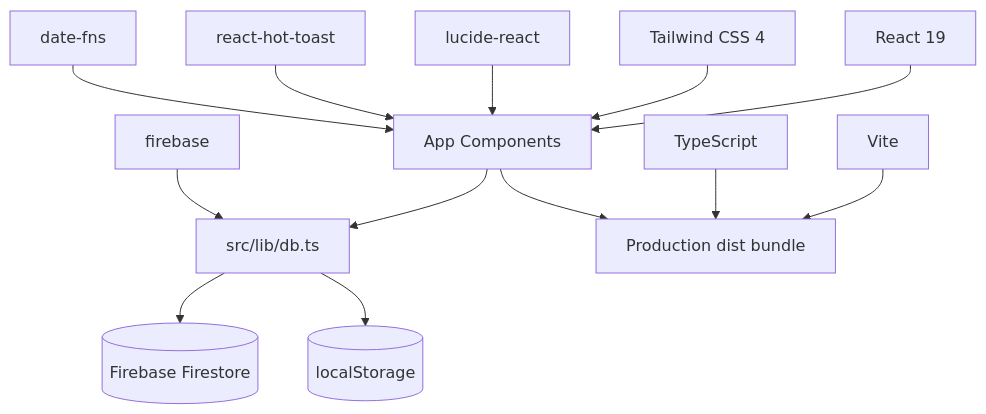
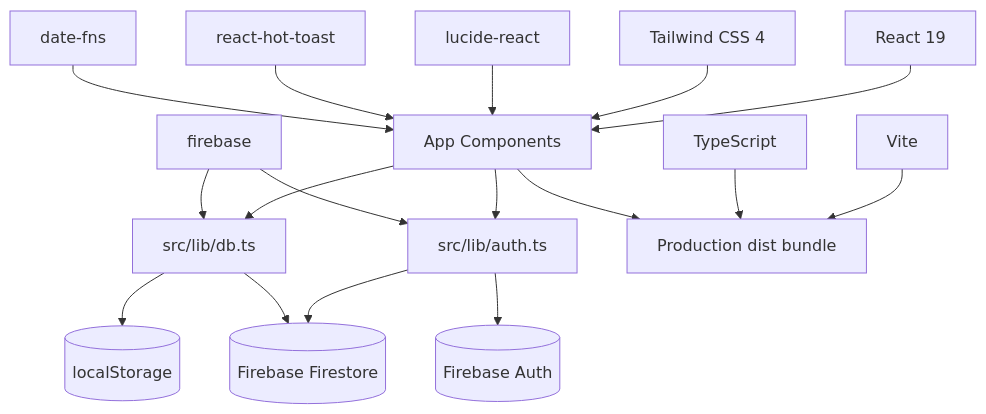
Before and after one commit to checkinout82026-cmd/checkin: the diagram in docs/07-tech-stack-and-dependencies.md, drawn with Mermaid. The commit also changed other lines of this file and 9 other files, not shown here.

Commit message:
Integrate Firebase Auth and staff checkout approval

````diff
--- a/docs/07-tech-stack-and-dependencies.md
+++ b/docs/07-tech-stack-and-dependencies.md
@@ -20,17 +21,21 @@
 ```mermaid
 flowchart TD
   React[React 19] --> Components[App Components]
   Tailwind[Tailwind CSS 4] --> Components
   Lucide[lucide-react] --> Components
   Toast[react-hot-toast] --> Components
   DateFns[date-fns] --> Components
 
   Components --> DB[src/lib/db.ts]
+  Components --> AuthLib[src/lib/auth.ts]
   FirebaseSDK[firebase] --> DB
-  DB --> Firestore[(Firebase Firestore)]
+  FirebaseSDK --> AuthLib
+  AuthLib --> FirebaseAuth[(Firebase Auth)]
+  AuthLib --> Firestore[(Firebase Firestore)]
+  DB --> Firestore
   DB --> LocalStorage[(localStorage)]
 
   Vite[Vite] --> Bundle[Production dist bundle]
   TypeScript[TypeScript] --> Bundle
   Components --> Bundle
 ```
````
